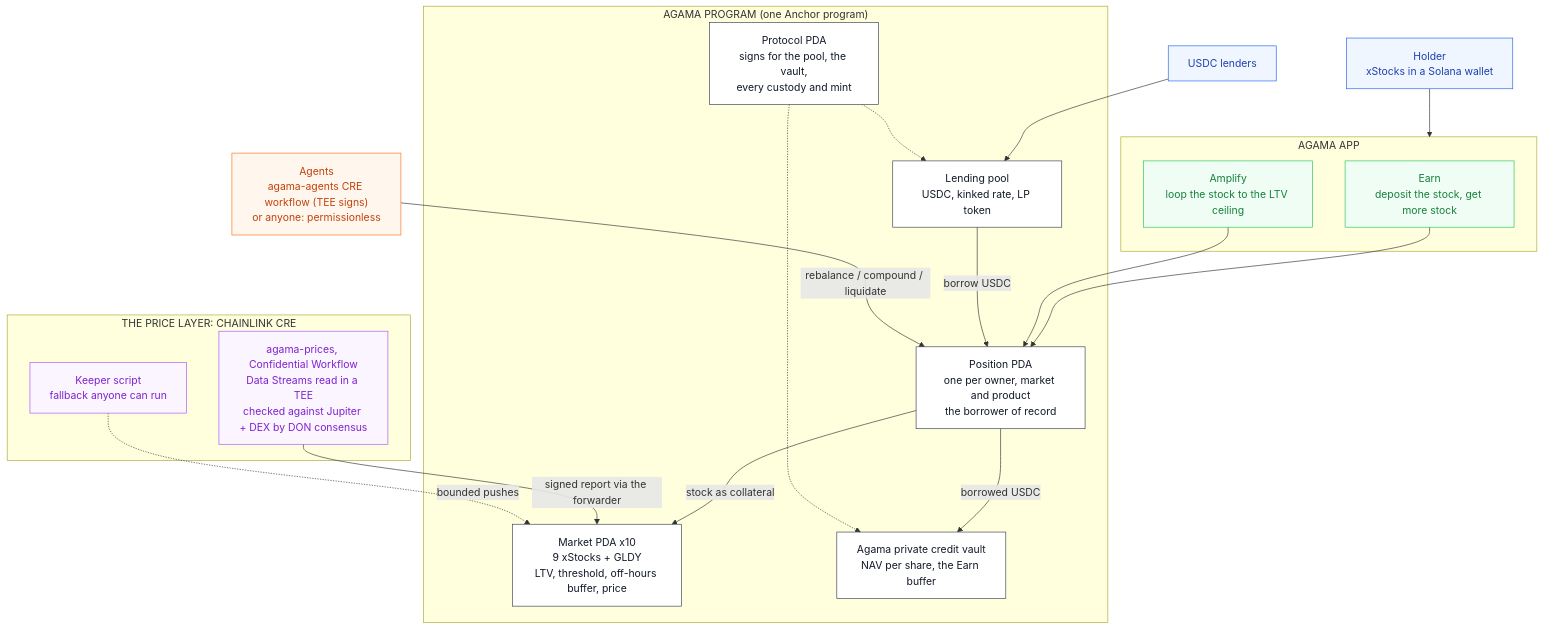
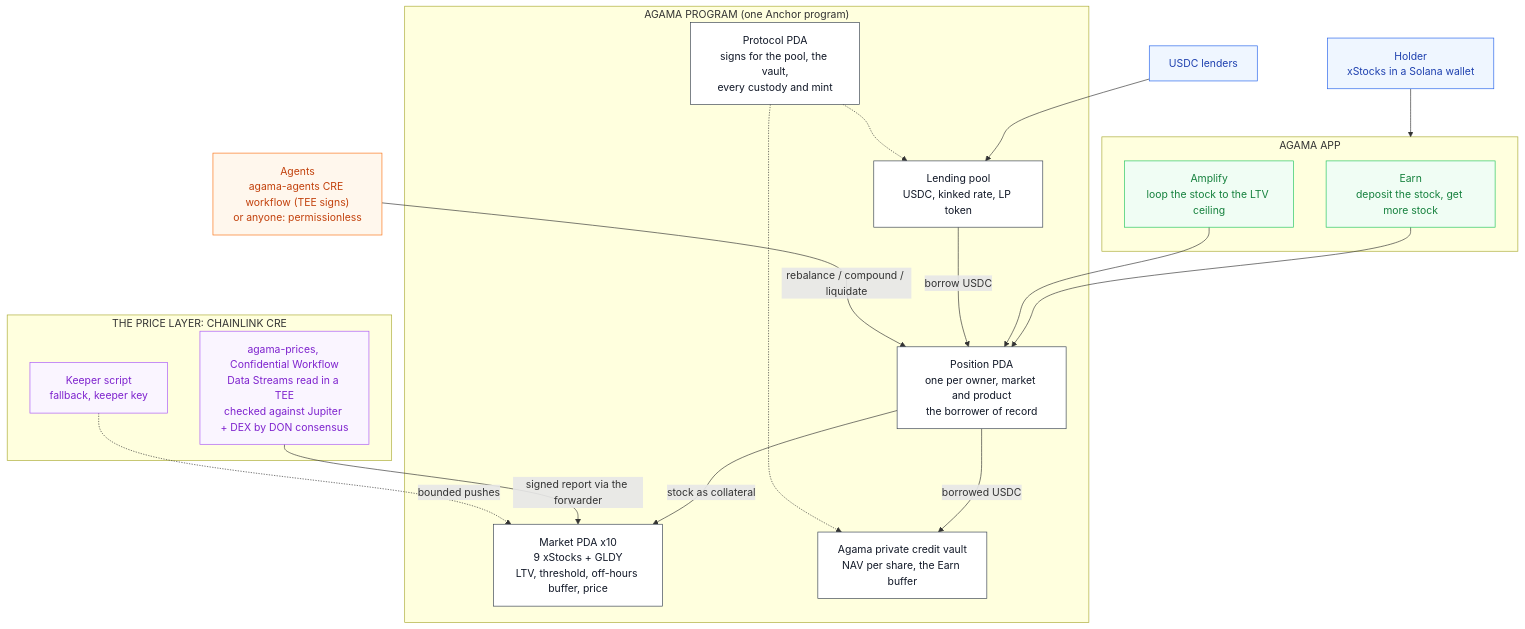
One commit to agamafinance/agama-solana changed the diagram in README.md. Above: the diagram before and after it, drawn with Mermaid. The commit also changed other lines of this file and 4 other files, not shown here.

````diff
--- a/README.md
+++ b/README.md
@@ -41,50 +43,50 @@
 ```mermaid
 flowchart TB
     USER["Holder<br/>xStocks in a Solana wallet"]
 
     subgraph app["AGAMA APP"]
         EARN["Earn<br/>deposit the stock, get more stock"]
         AMP["Amplify<br/>loop the stock to the LTV ceiling"]
     end
 
     subgraph program["AGAMA PROGRAM (one Anchor program)"]
         POS["Position PDA<br/>one per owner, market and product<br/>the borrower of record"]
         MKT["Market PDA x10<br/>9 xStocks + GLDY<br/>LTV, threshold, off-hours buffer, price"]
         POOL["Lending pool<br/>USDC, kinked rate, LP token"]
         VAULT["Agama private credit vault<br/>NAV per share, the Earn buffer"]
         PROTO["Protocol PDA<br/>signs for the pool, the vault,<br/>every custody and mint"]
     end
 
     subgraph price["THE PRICE LAYER: CHAINLINK CRE"]
         CRE["agama-prices, Confidential Workflow<br/>Data Streams read in a TEE<br/>checked against Jupiter + DEX by DON consensus"]
-        KEEPER["Keeper script<br/>fallback anyone can run"]
+        KEEPER["Keeper script<br/>fallback, keeper key"]
     end
 
     AGENTS["Agents<br/>agama-agents CRE workflow (TEE signs)<br/>or anyone: permissionless"]
     LENDERS["USDC lenders"]
 
     USER --> app
     EARN --> POS
     AMP --> POS
     LENDERS --> POOL
     POS -->|"stock as collateral"| MKT
     POOL -->|"borrow USDC"| POS
     POS -->|"borrowed USDC"| VAULT
     AGENTS -->|"rebalance / compound / liquidate"| POS
     CRE -->|"signed report via the forwarder"| MKT
     KEEPER -.->|"bounded pushes"| MKT
     PROTO -.-> POOL
     PROTO -.-> VAULT
 
     classDef actor fill:#eff6ff,stroke:#2563eb,color:#1e40af
     classDef product fill:#f0fdf4,stroke:#22c55e,color:#15803d
     classDef core fill:#ffffff,stroke:#374151,color:#111827
     classDef oracle fill:#faf5ff,stroke:#a855f7,color:#7e22ce
     classDef bot fill:#fff7ed,stroke:#f97316,color:#c2410c
 
     class USER,LENDERS actor
     class EARN,AMP product
     class POS,MKT,POOL,VAULT,PROTO core
     class CRE,KEEPER oracle
     class AGENTS bot
 ```
````
